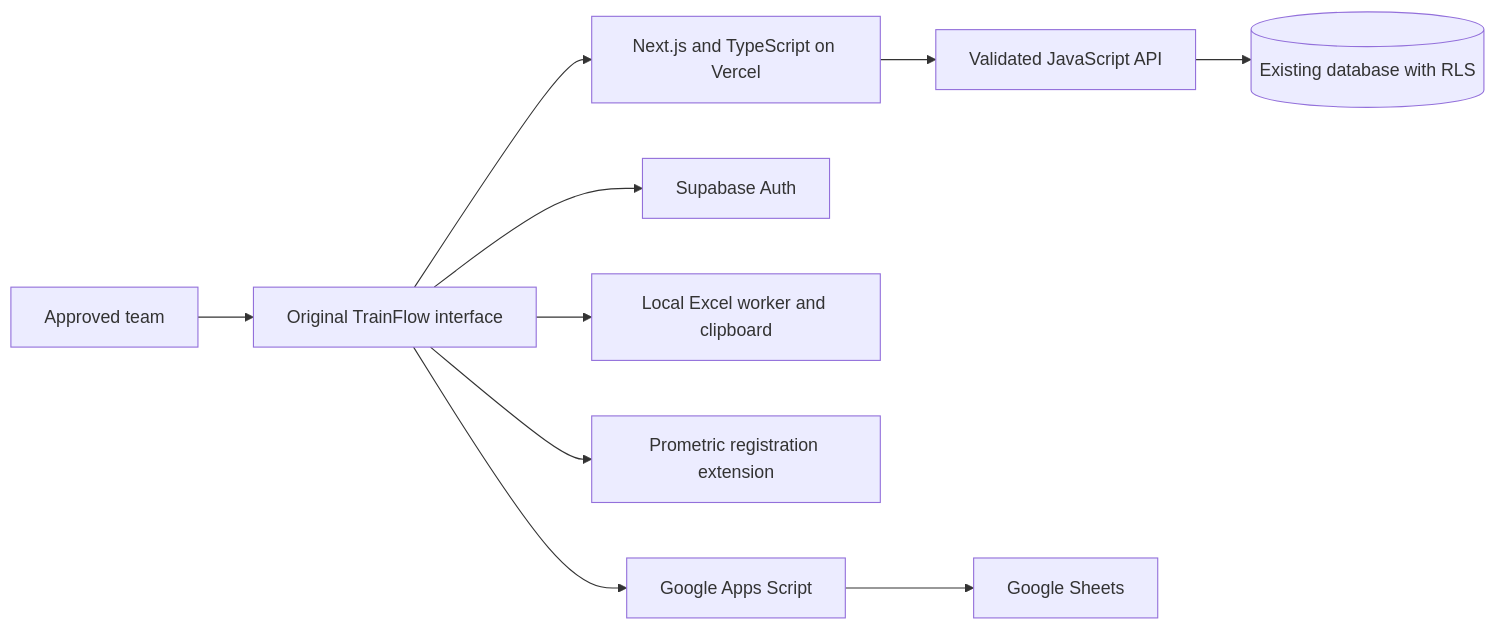
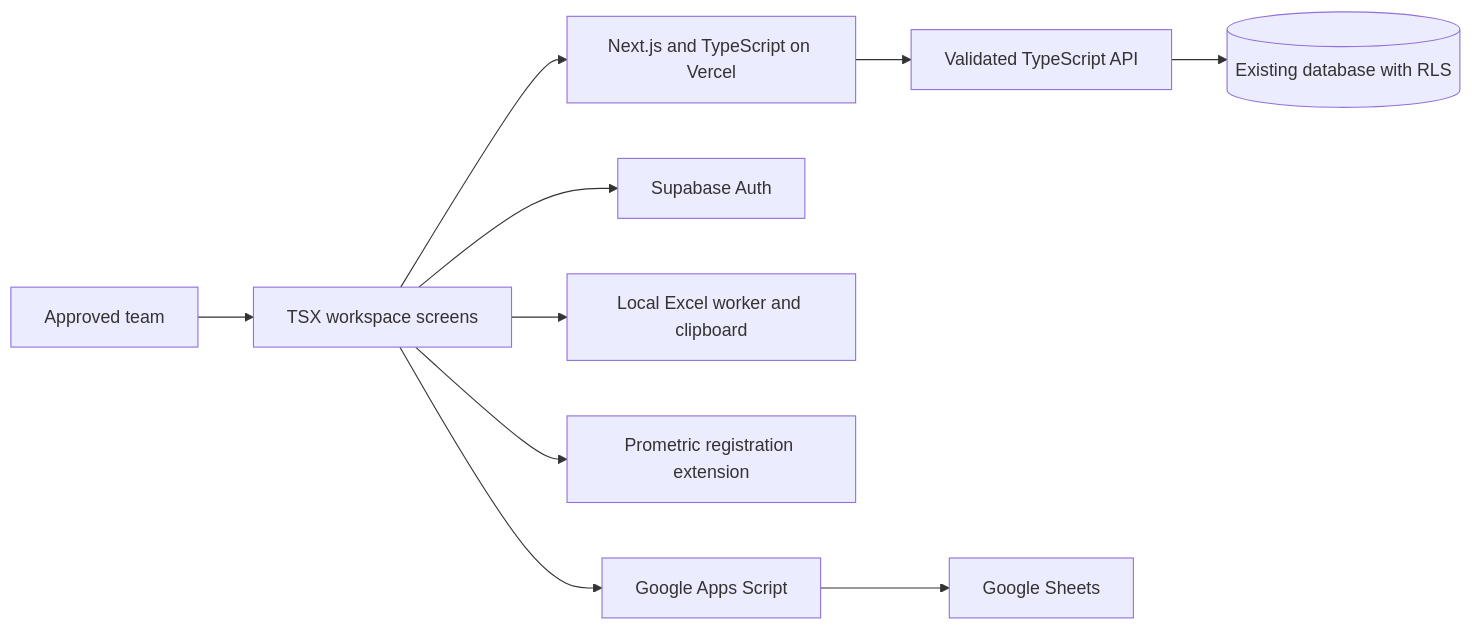
The diagram in README.md (salahmostava-sys/Trainflow), drawn with Mermaid before and after one commit. The commit also changed other lines of this file and 62 other files, not shown here.

Commit message:
Migrate workspace shell and API to typed source and fix review findings

```diff
--- a/README.md
+++ b/README.md
@@ -79,12 +79,12 @@
 ~~~mermaid
 flowchart LR
-    Team[Approved team] --> UI[Original TrainFlow interface]
+    Team[Approved team] --> UI[TSX workspace screens]
     UI --> Next[Next.js and TypeScript on Vercel]
     UI --> Auth[Supabase Auth]
-    Next --> API[Validated JavaScript API]
+    Next --> API[Validated TypeScript API]
     API --> DB[(Existing database with RLS)]
     UI --> Files[Local Excel worker and clipboard]
     UI --> Chrome[Prometric registration extension]
     UI --> Reports[Google Apps Script]
     Reports --> Sheets[Google Sheets]
 ~~~
```
